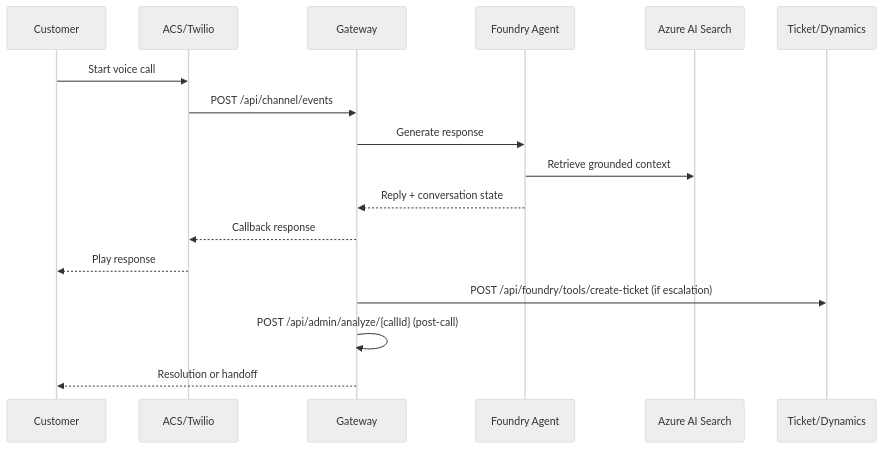
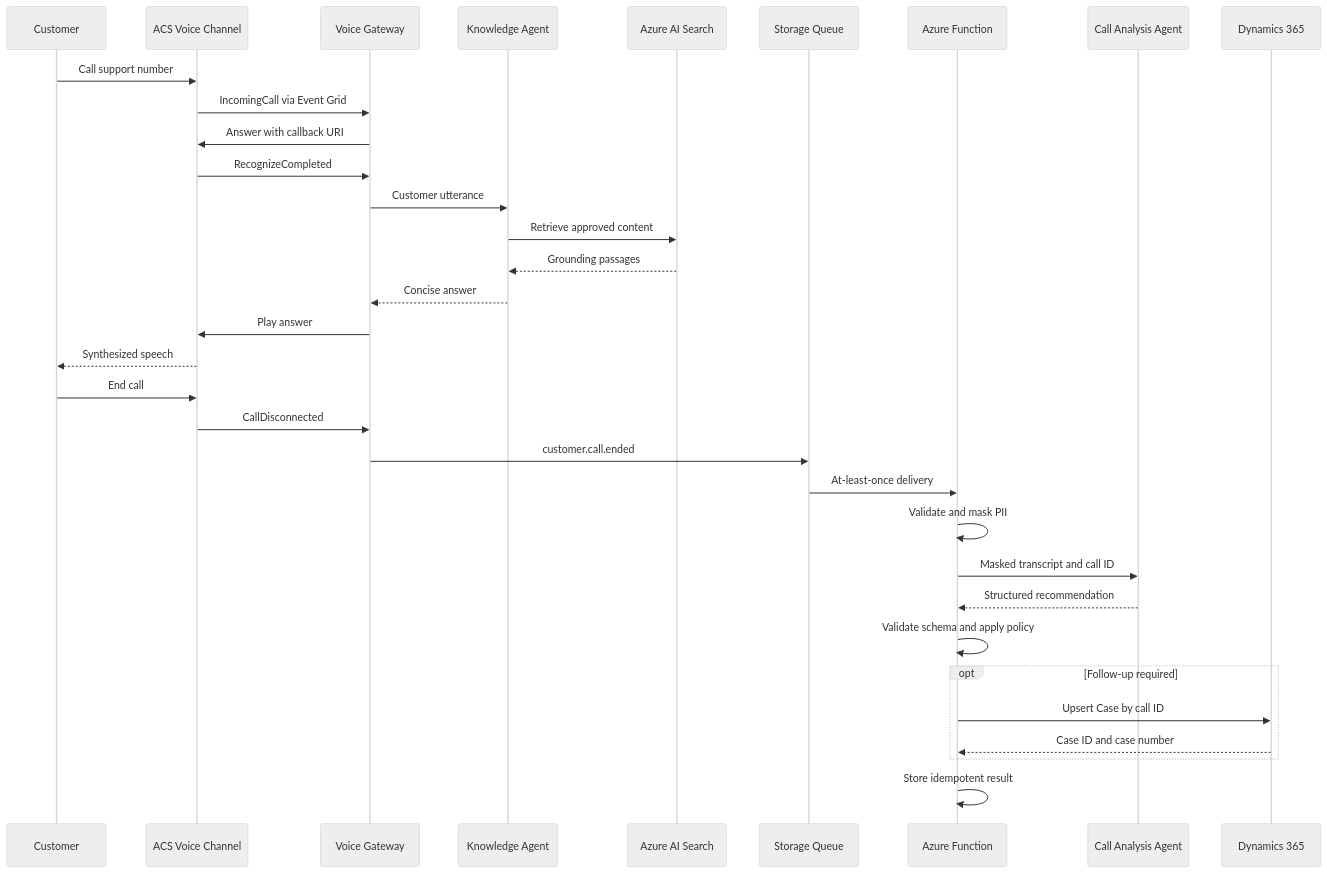
The diagram in docs/architecture/sequence-flow.md (Liminghao0922/workshop-intelligent-customer-operations), drawn with Mermaid (neutral theme) before and after one commit. The commit also changed 75 other files, not shown here.

First line of the commit message:
feat: Add Knowledge Agent and Voice Gateway for customer support calls

````diff
--- a/docs/architecture/sequence-flow.md
+++ b/docs/architecture/sequence-flow.md
@@ -3,20 +3,36 @@
 ```mermaid
 sequenceDiagram
     participant Customer
-    participant Channel as ACS/Twilio
-    participant Gateway
-    participant Foundry as Foundry Agent
-    participant Knowledge as Azure AI Search
-    participant Ticket as Ticket/Dynamics
+    participant ACS as ACS Voice Channel
+    participant Gateway as Voice Gateway
+    participant Knowledge as Knowledge Agent
+    participant Search as Azure AI Search
+    participant Queue as Storage Queue
+    participant Worker as Azure Function
+    participant Analysis as Call Analysis Agent
+    participant Dynamics as Dynamics 365
 
-    Customer->>Channel: Start voice call
-    Channel->>Gateway: POST /api/channel/events
-    Gateway->>Foundry: Generate response
-    Foundry->>Knowledge: Retrieve grounded context
-    Foundry-->>Gateway: Reply + conversation state
-    Gateway-->>Channel: Callback response
-    Channel-->>Customer: Play response
-    Gateway->>Ticket: POST /api/foundry/tools/create-ticket (if escalation)
-    Gateway->>Gateway: POST /api/admin/analyze/{callId} (post-call)
-    Gateway-->>Customer: Resolution or handoff
+    Customer->>ACS: Call support number
+    ACS->>Gateway: IncomingCall via Event Grid
+    Gateway->>ACS: Answer with callback URI
+    ACS->>Gateway: RecognizeCompleted
+    Gateway->>Knowledge: Customer utterance
+    Knowledge->>Search: Retrieve approved content
+    Search-->>Knowledge: Grounding passages
+    Knowledge-->>Gateway: Concise answer
+    Gateway->>ACS: Play answer
+    ACS-->>Customer: Synthesized speech
+    Customer->>ACS: End call
+    ACS->>Gateway: CallDisconnected
+    Gateway->>Queue: customer.call.ended
+    Queue->>Worker: At-least-once delivery
+    Worker->>Worker: Validate and mask PII
+    Worker->>Analysis: Masked transcript and call ID
+    Analysis-->>Worker: Structured recommendation
+    Worker->>Worker: Validate schema and apply policy
+    opt Follow-up required
+        Worker->>Dynamics: Upsert Case by call ID
+        Dynamics-->>Worker: Case ID and case number
+    end
+    Worker->>Worker: Store idempotent result
 ```
````
